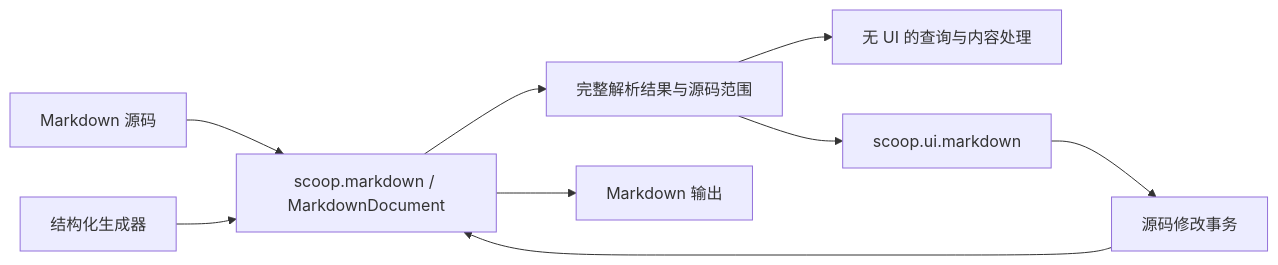
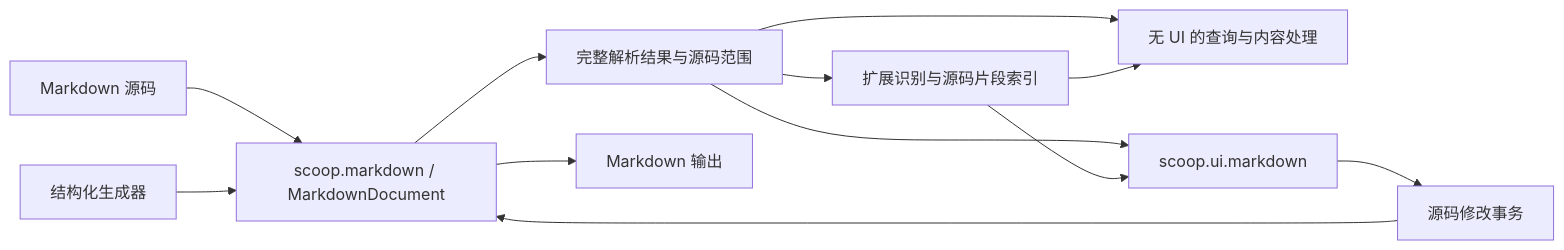
One commit to scoop-lang/scoop changed the diagram in docs/markdown/DESIGN.md. Above: the diagram before and after it, drawn with Mermaid. The commit also changed other lines of this file and 2 other files, not shown here.

````diff
--- a/docs/markdown/DESIGN.md
+++ b/docs/markdown/DESIGN.md
@@ -19,11 +19,14 @@
 ```mermaid
 flowchart LR
     Source[Markdown 源码] --> Document[scoop.markdown / MarkdownDocument]
     Builder[结构化生成器] --> Document
     Document --> Syntax[完整解析结果与源码范围]
     Document --> Writer[Markdown 输出]
     Syntax --> Processor[无 UI 的查询与内容处理]
     Syntax --> Editor[scoop.ui.markdown]
+    Syntax --> Extensions[扩展识别与源码片段索引]
+    Extensions --> Processor
+    Extensions --> Editor
     Editor --> Change[源码修改事务]
     Change --> Document
 ```
````
